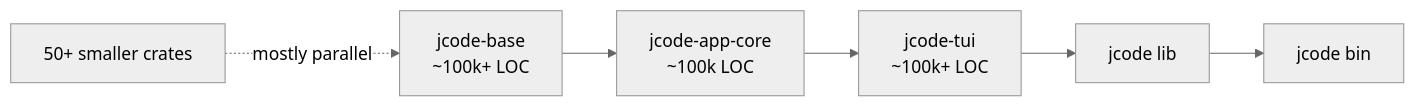
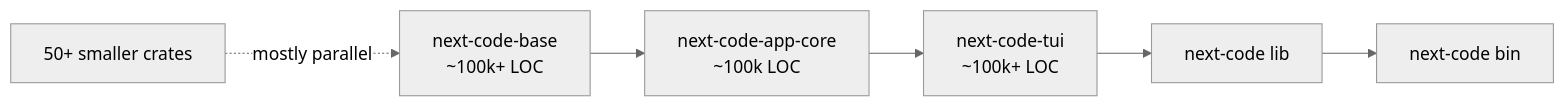
The first of 2 diagrams in docs/COMPILE_TIME_ISOLATION_REFACTOR.md (quangdang46/next-code), drawn with Mermaid (neutral theme) before and after one commit. The commit also changed other lines of this file and 938 other files, not shown here.

````diff
--- a/docs/COMPILE_TIME_ISOLATION_REFACTOR.md
+++ b/docs/COMPILE_TIME_ISOLATION_REFACTOR.md
@@ -15,8 +15,8 @@
 ```mermaid
 graph LR
-    base["jcode-base\n~100k+ LOC"] --> appcore["jcode-app-core\n~100k LOC"]
-    appcore --> tui["jcode-tui\n~100k+ LOC"]
-    tui --> rootlib["jcode lib"]
-    rootlib --> bin["jcode bin"]
+    base["next-code-base\n~100k+ LOC"] --> appcore["next-code-app-core\n~100k LOC"]
+    appcore --> tui["next-code-tui\n~100k+ LOC"]
+    tui --> rootlib["next-code lib"]
+    rootlib --> bin["next-code bin"]
     small["50+ smaller crates"] -. mostly parallel .-> base
 ```
````
